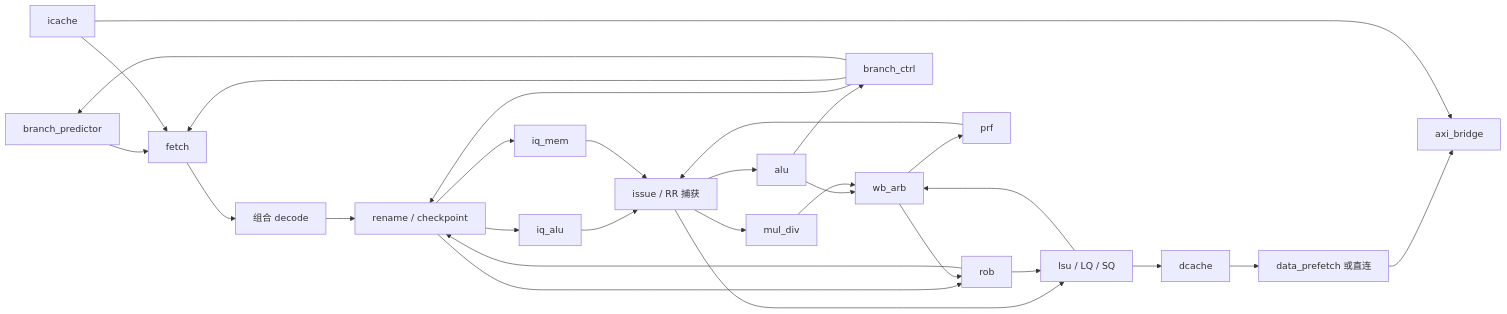
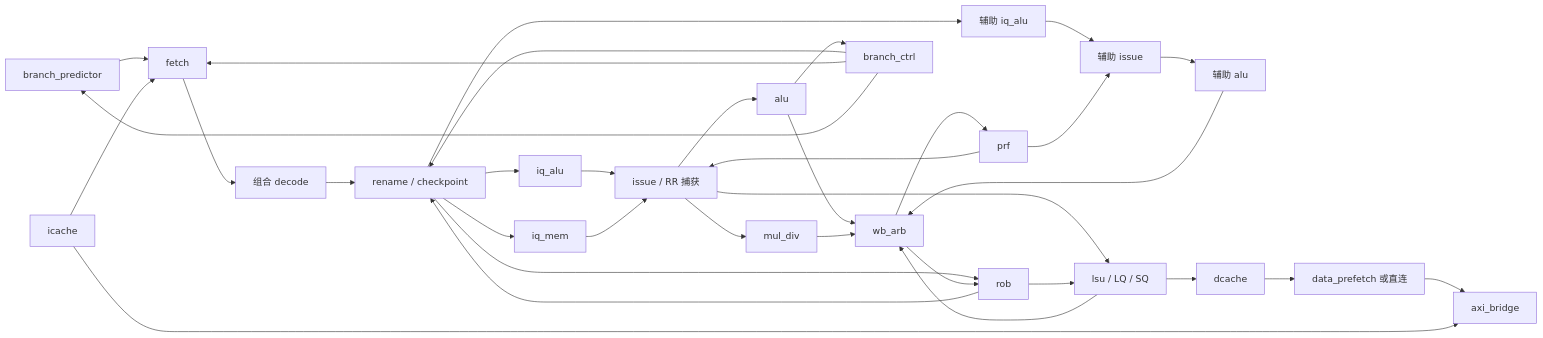
The diagram in interfaces.md (tianhangj/RISC-V-CPU-2026), drawn with Mermaid before and after one commit. The commit also changed other lines of this file and 16 other files, not shown here.

````diff
--- a/interfaces.md
+++ b/interfaces.md
@@ -68,31 +68,36 @@
 ```mermaid
 flowchart LR
     BP[branch_predictor] --> F[fetch]
     IC[icache] --> F
     F --> D[组合 decode]
     D --> RN[rename / checkpoint]
     RN --> AQ[iq_alu]
+    RN --> A2Q[辅助 iq_alu]
     RN --> MQ[iq_mem]
     RN --> ROB[rob]
     AQ --> IS[issue / RR 捕获]
     MQ --> IS
+    A2Q --> I2[辅助 issue]
     PRF[prf] --> IS
+    PRF --> I2
     IS --> ALU[alu]
+    I2 --> A2[辅助 alu]
     IS --> MUL[mul_div]
     IS --> LSU[lsu / LQ / SQ]
     ALU --> WB[wb_arb]
+    A2 --> WB
     MUL --> WB
     LSU --> WB
     WB --> PRF
     WB --> ROB
     ROB --> RN
     ROB --> LSU
     ALU --> BC[branch_ctrl]
     BC --> RN
     BC --> F
     BC --> BP
     LSU --> DC[dcache]
     DC --> PF[data_prefetch 或直连]
     PF --> AXI[axi_bridge]
     IC --> AXI
 ```
````
